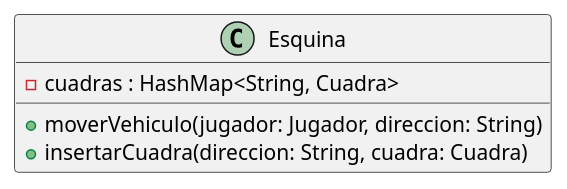
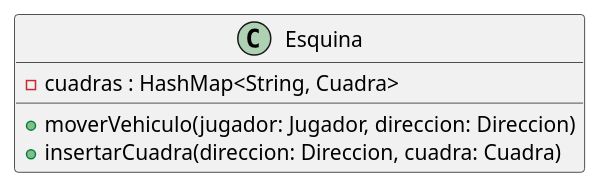
Before and after one commit to TP2Algo3FIUBA/tp2: the diagram in diagrams/classes/esquina.plantuml, drawn with PlantUML. The commit also changed 2 other files, not shown here.

Commit message:
actualice 3 diagramas de clase

```diff
--- a/diagrams/classes/esquina.plantuml
+++ b/diagrams/classes/esquina.plantuml
@@ -1,9 +1,9 @@
 @startuml
 
     class Esquina {
          -cuadras : HashMap<String, Cuadra>
-         +moverVehiculo(jugador: Jugador, direccion: String)
-         +insertarCuadra(direccion: String, cuadra: Cuadra)
+         +moverVehiculo(jugador: Jugador, direccion: Direccion)
+         +insertarCuadra(direccion: Direccion, cuadra: Cuadra)
     }
 
 @enduml
```
